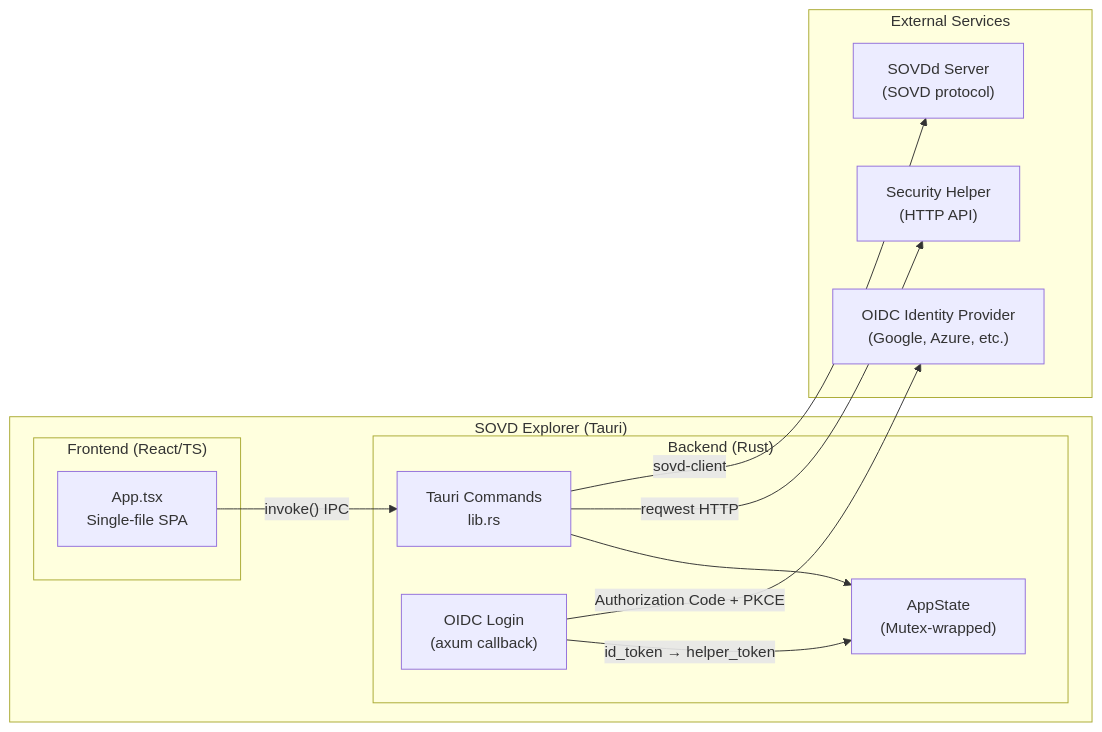
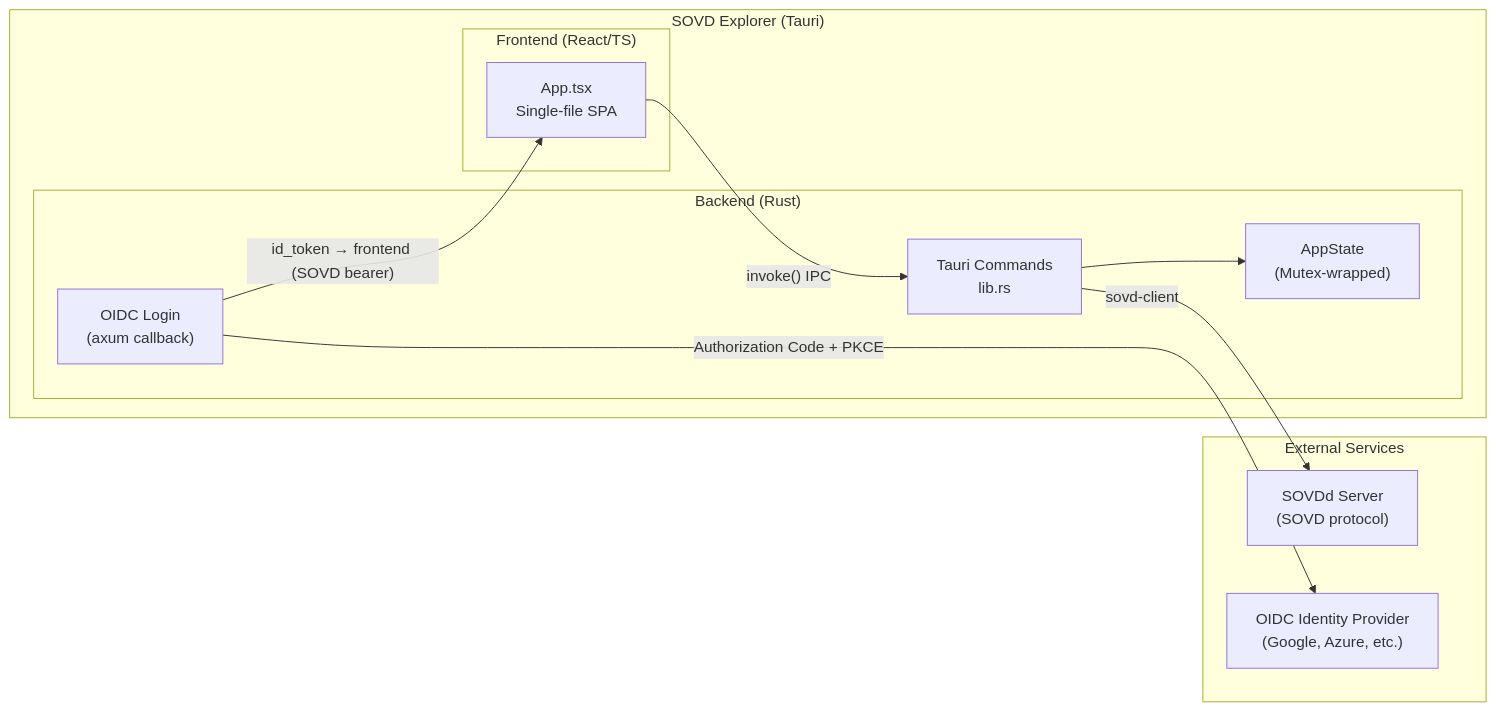
One commit to sdv-playground/SOVD-explorer changed the first of 7 diagrams in ARCHITECTURE.md. Above: the diagram before and after it, drawn with Mermaid. The commit also changed other lines of this file and 4 other files, not shown here.

First line of the commit message:
retire the security-helper unlock flow (server-side unlock + JWT)

````diff
--- a/ARCHITECTURE.md
+++ b/ARCHITECTURE.md
@@ -46,26 +47,24 @@
 ```mermaid
 graph LR
     subgraph Desktop["SOVD Explorer (Tauri)"]
         subgraph Frontend["Frontend (React/TS)"]
             App["App.tsx<br/>Single-file SPA"]
         end
         subgraph Backend["Backend (Rust)"]
             Commands["Tauri Commands<br/>lib.rs"]
             State["AppState<br/>(Mutex-wrapped)"]
             OIDC["OIDC Login<br/>(axum callback)"]
         end
     end
 
     subgraph External["External Services"]
         SOVDd["SOVDd Server<br/>(SOVD protocol)"]
-        Helper["Security Helper<br/>(HTTP API)"]
         IdP["OIDC Identity Provider<br/>(Google, Azure, etc.)"]
     end
 
     App -- "invoke() IPC" --> Commands
     Commands -- "sovd-client" --> SOVDd
-    Commands -- "reqwest HTTP" --> Helper
     Commands --> State
     OIDC -- "Authorization Code + PKCE" --> IdP
-    OIDC -- "id_token → helper_token" --> State
+    OIDC -- "id_token → frontend (SOVD bearer)" --> App
 ```
````
